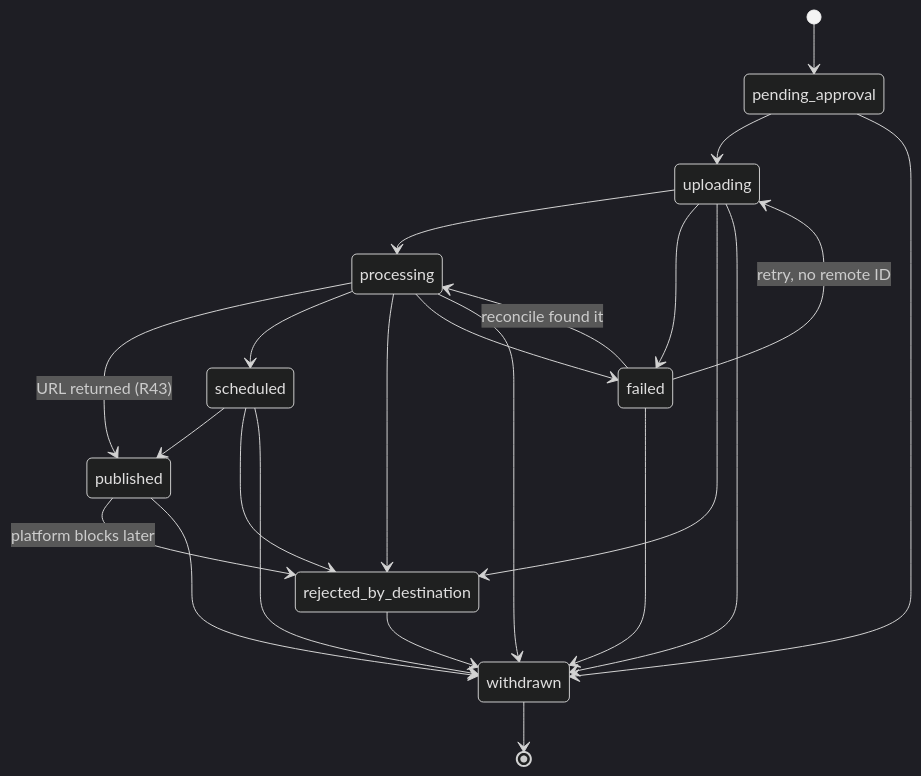
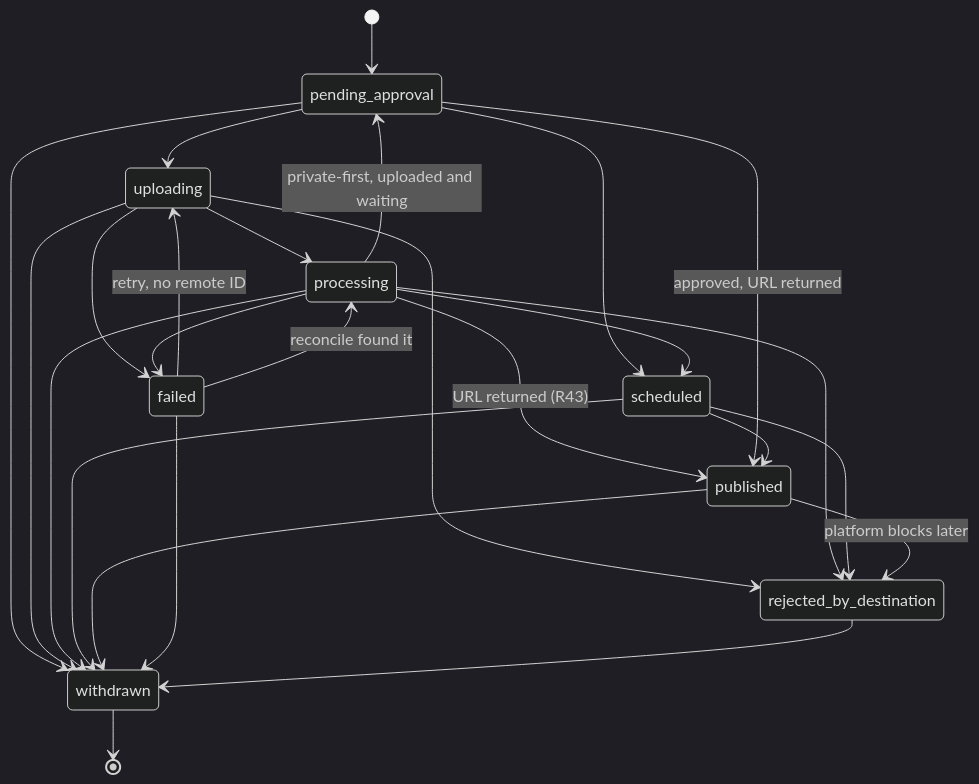
Before and after one commit to rafaelp/vidyom: the diagram in docs/plans/publishing.md, drawn with Mermaid (dark theme). The commit also changed other lines of this file and 1 other file, not shown here.

````diff
--- a/docs/plans/publishing.md
+++ b/docs/plans/publishing.md
@@ -55,25 +55,28 @@
 ```mermaid
 stateDiagram-v2
   [*] --> pending_approval
   pending_approval --> uploading
   uploading --> processing
   uploading --> failed
   uploading --> rejected_by_destination
   failed --> uploading: retry, no remote ID
   failed --> processing: reconcile found it
   processing --> published: URL returned (R43)
+  processing --> pending_approval: private-first, uploaded and waiting
+  pending_approval --> published: approved, URL returned
+  pending_approval --> scheduled
   processing --> scheduled
   processing --> rejected_by_destination
   processing --> failed
   scheduled --> published
   scheduled --> rejected_by_destination
   published --> rejected_by_destination: platform blocks later
   pending_approval --> withdrawn
   uploading --> withdrawn
   processing --> withdrawn
   scheduled --> withdrawn
   published --> withdrawn
   failed --> withdrawn
   rejected_by_destination --> withdrawn
   withdrawn --> [*]
 ```
````
